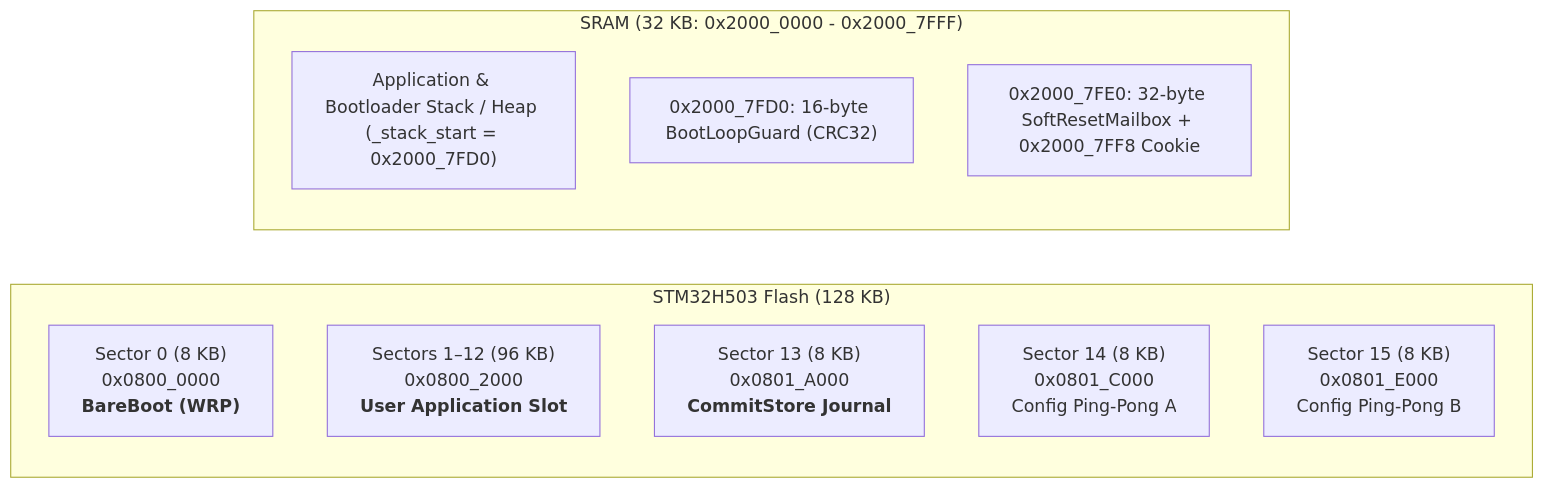
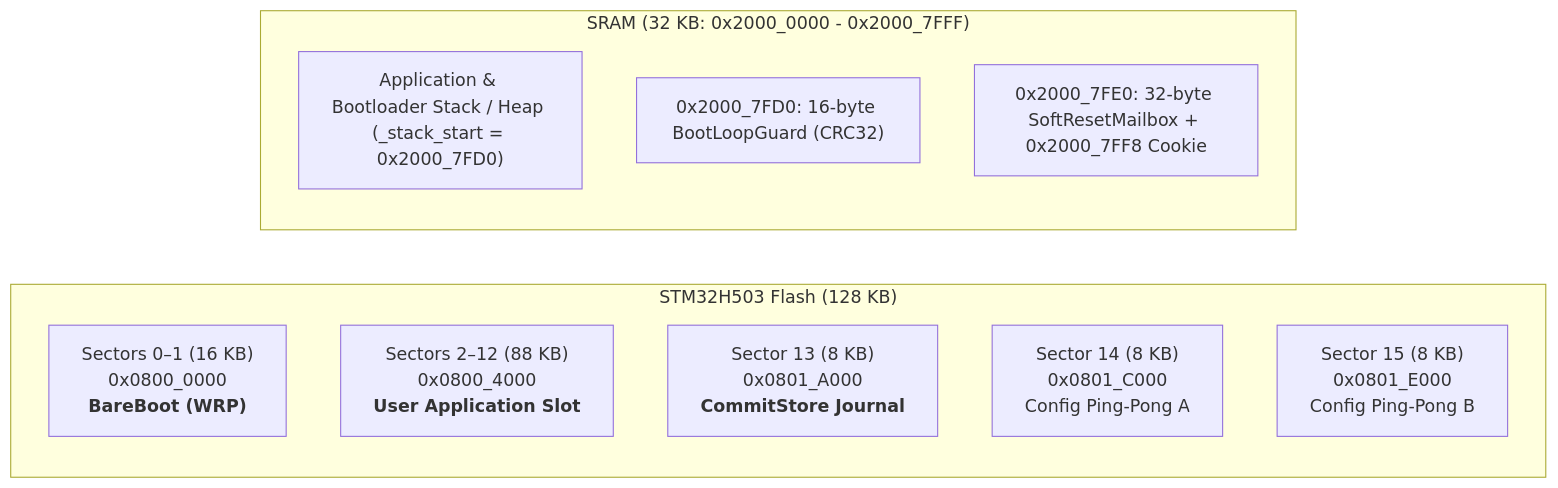
Before and after one commit to bareFOC/barefoc.github.io: the diagram in bareboot/targets/stm32h5.md, drawn with Mermaid. The commit also changed other lines of this file and 5 other files, not shown here.

Commit message:
docs(bareboot): decouple BareBoot docs from AgentLA and align STM32H5 16 KiB slot

````diff
--- a/bareboot/targets/stm32h5.md
+++ b/bareboot/targets/stm32h5.md
@@ -39,18 +39,18 @@
 ```mermaid
 flowchart LR
     subgraph Flash128K ["STM32H503 Flash (128 KB)"]
         direction TB
-        S0["Sector 0 (8 KB)<br/>0x0800_0000<br/><b>BareBoot (WRP)</b>"]
-        S1["Sectors 1–12 (96 KB)<br/>0x0800_2000<br/><b>User Application Slot</b>"]
+        S0["Sectors 0–1 (16 KB)<br/>0x0800_0000<br/><b>BareBoot (WRP)</b>"]
+        S2["Sectors 2–12 (88 KB)<br/>0x0800_4000<br/><b>User Application Slot</b>"]
         S13["Sector 13 (8 KB)<br/>0x0801_A000<br/><b>CommitStore Journal</b>"]
         S14["Sector 14 (8 KB)<br/>0x0801_C000<br/>Config Ping-Pong A"]
         S15["Sector 15 (8 KB)<br/>0x0801_E000<br/>Config Ping-Pong B"]
     end
 
     subgraph RAM32K ["SRAM (32 KB: 0x2000_0000 - 0x2000_7FFF)"]
         direction TB
         RAM_APP["Application & Bootloader Stack / Heap (_stack_start = 0x2000_7FD0)"]
         RAM_GUARD["0x2000_7FD0: 16-byte BootLoopGuard (CRC32)"]
         RAM_BOX["0x2000_7FE0: 32-byte SoftResetMailbox + 0x2000_7FF8 Cookie"]
     end
 ```
````
